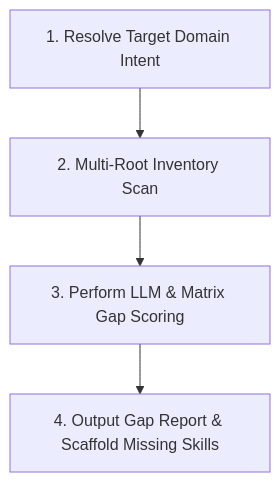
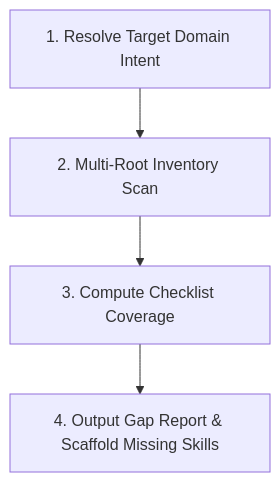
The diagram in skills/capability-gap-analyzer/SKILL.md (louis-pvs/agent-skills), drawn with Mermaid before and after one commit. The commit also changed other lines of this file and 4 other files, not shown here.

Commit message:
refactor: replace LLM semantic evaluation with deterministic sub-capability checklist scoring and explicit agent-led verification

````diff
--- a/skills/capability-gap-analyzer/SKILL.md
+++ b/skills/capability-gap-analyzer/SKILL.md
@@ -37,6 +52,6 @@
 ```mermaid
 flowchart TD
     A["1. Resolve Target Domain Intent"] --> B["2. Multi-Root Inventory Scan"]
-    B --> C["3. Perform LLM & Matrix Gap Scoring"]
+    B --> C["3. Compute Checklist Coverage"]
     C --> D["4. Output Gap Report & Scaffold Missing Skills"]
 ```
````
